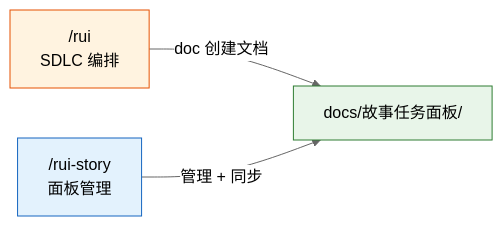
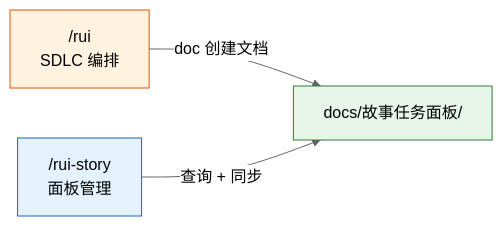
One commit to effiy/YrY changed the tenth of 10 diagrams in skills/rui-story/SKILL.md. Above: the diagram before and after it, drawn with Mermaid (neutral theme). The commit also changed other lines of this file and 10 other files, not shown here.

````diff
--- a/skills/rui-story/SKILL.md
+++ b/skills/rui-story/SKILL.md
@@ -304,9 +242,9 @@
 ```mermaid
 flowchart LR
     RUI["/rui<br/>SDLC 编排"]:::rui -->|"doc 创建文档"| PANEL["docs/故事任务面板/"]:::panel
-    RS["/rui-story<br/>面板管理"]:::story -->|"管理 + 同步"| PANEL
+    RS["/rui-story<br/>面板管理"]:::story -->|"查询 + 同步"| PANEL
 
     classDef rui fill:#fff3e0,stroke:#e65100;
     classDef story fill:#e3f2fd,stroke:#1565c0;
     classDef panel fill:#e8f5e9,stroke:#2e7d32;
 ```
````
